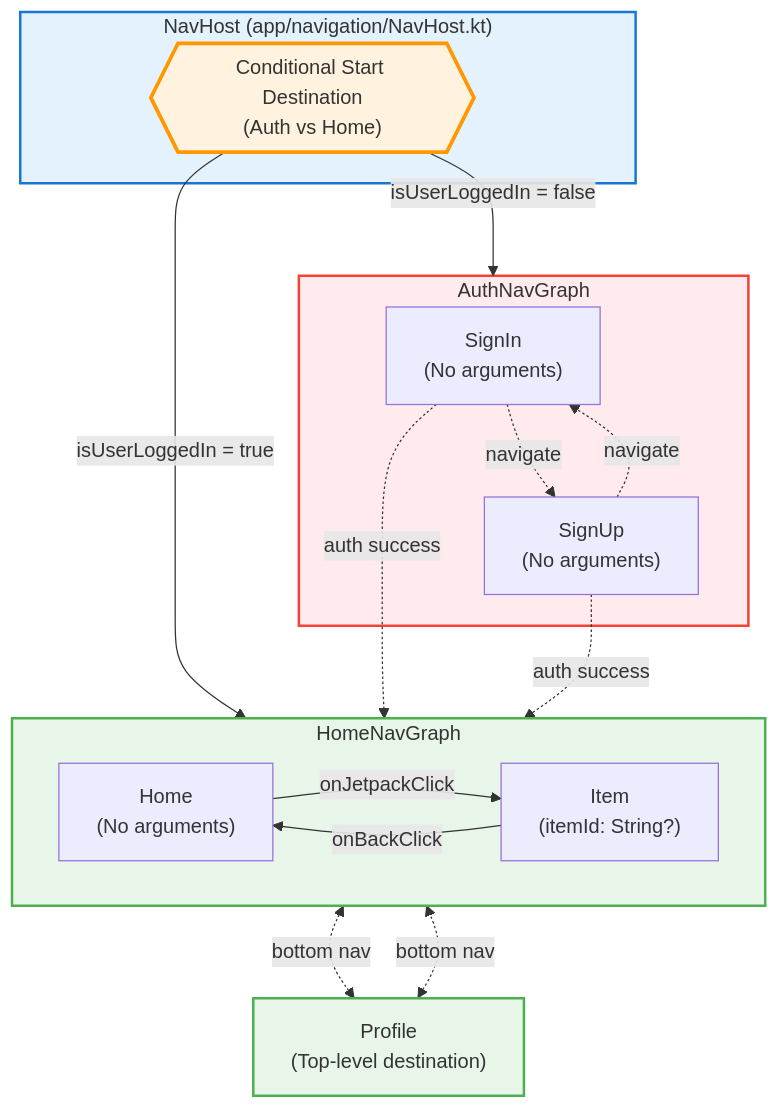
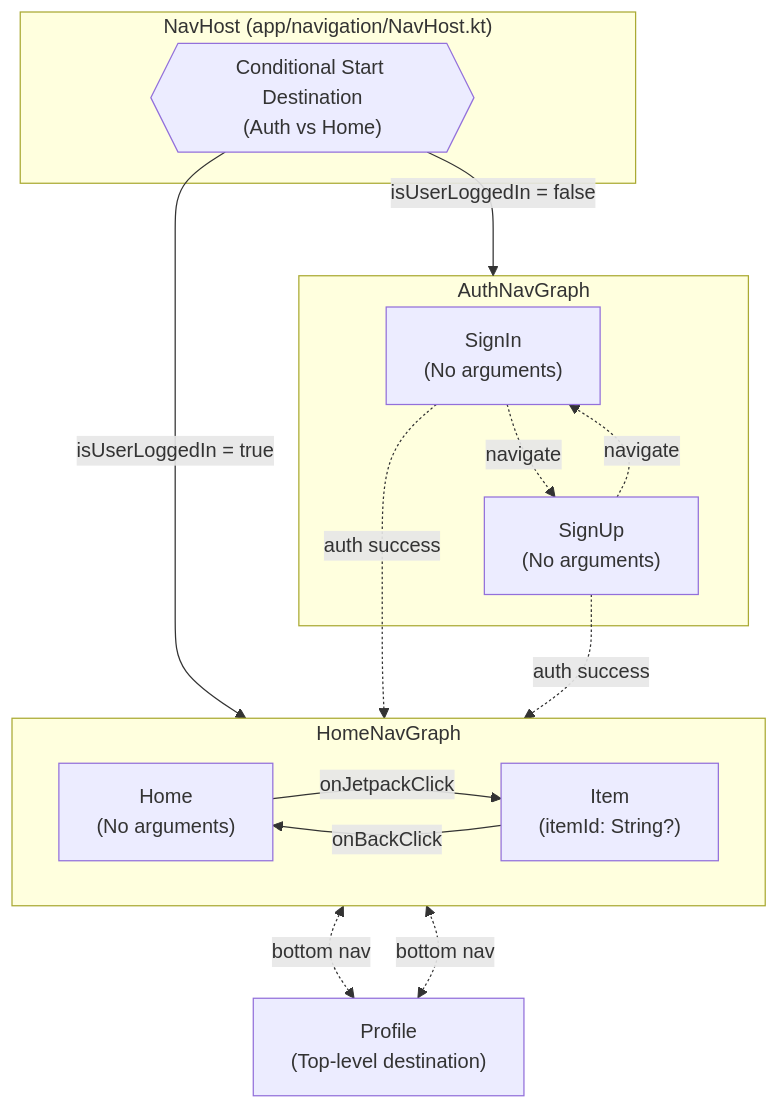
One commit to atick-faisal/Jetpack-Android-Starter changed the second of 2 diagrams in docs/navigation.md. Above: the diagram before and after it, drawn with Mermaid. The commit also changed other lines of this file and 31 other files, not shown here.

````diff
--- a/docs/navigation.md
+++ b/docs/navigation.md
@@ -58,39 +60,28 @@
 ```mermaid
 graph TB
     subgraph NavHost["NavHost (app/navigation/NavHost.kt)"]
         Start{{"Conditional Start Destination<br/>(Auth vs Home)"}}
     end
 
     subgraph AuthGraph["AuthNavGraph"]
         SignIn["SignIn<br/>(No arguments)"]
         SignUp["SignUp<br/>(No arguments)"]
-
-        SignIn -.navigate.-> SignUp
-        SignUp -.navigate.-> SignIn
+        SignIn -. navigate .-> SignUp
+        SignUp -. navigate .-> SignIn
     end
 
     subgraph HomeGraph["HomeNavGraph"]
         Home["Home<br/>(No arguments)"]
         Item["Item<br/>(itemId: String?)"]
-
         Home -->|onJetpackClick| Item
         Item -->|onBackClick| Home
     end
 
     Profile["Profile<br/>(Top-level destination)"]
-
     Start -->|isUserLoggedIn = false| AuthGraph
     Start -->|isUserLoggedIn = true| HomeGraph
-
-    SignIn -.auth success.-> HomeGraph
-    SignUp -.auth success.-> HomeGraph
-
-    HomeGraph <-.bottom nav.-> Profile
-    Profile <-.bottom nav.-> HomeGraph
-
-    style Start fill:#FFF3E0,stroke:#FF9800,stroke-width:3px
-    style AuthGraph fill:#FFEBEE,stroke:#F44336,stroke-width:2px
-    style HomeGraph fill:#E8F5E9,stroke:#4CAF50,stroke-width:2px
-    style Profile fill:#E8F5E9,stroke:#4CAF50,stroke-width:2px
-    style NavHost fill:#E3F2FD,stroke:#1976D2,stroke-width:2px
+    SignIn -. auth success .-> HomeGraph
+    SignUp -. auth success .-> HomeGraph
+    HomeGraph <-. bottom nav .-> Profile
+    Profile <-. bottom nav .-> HomeGraph
 ```
````
